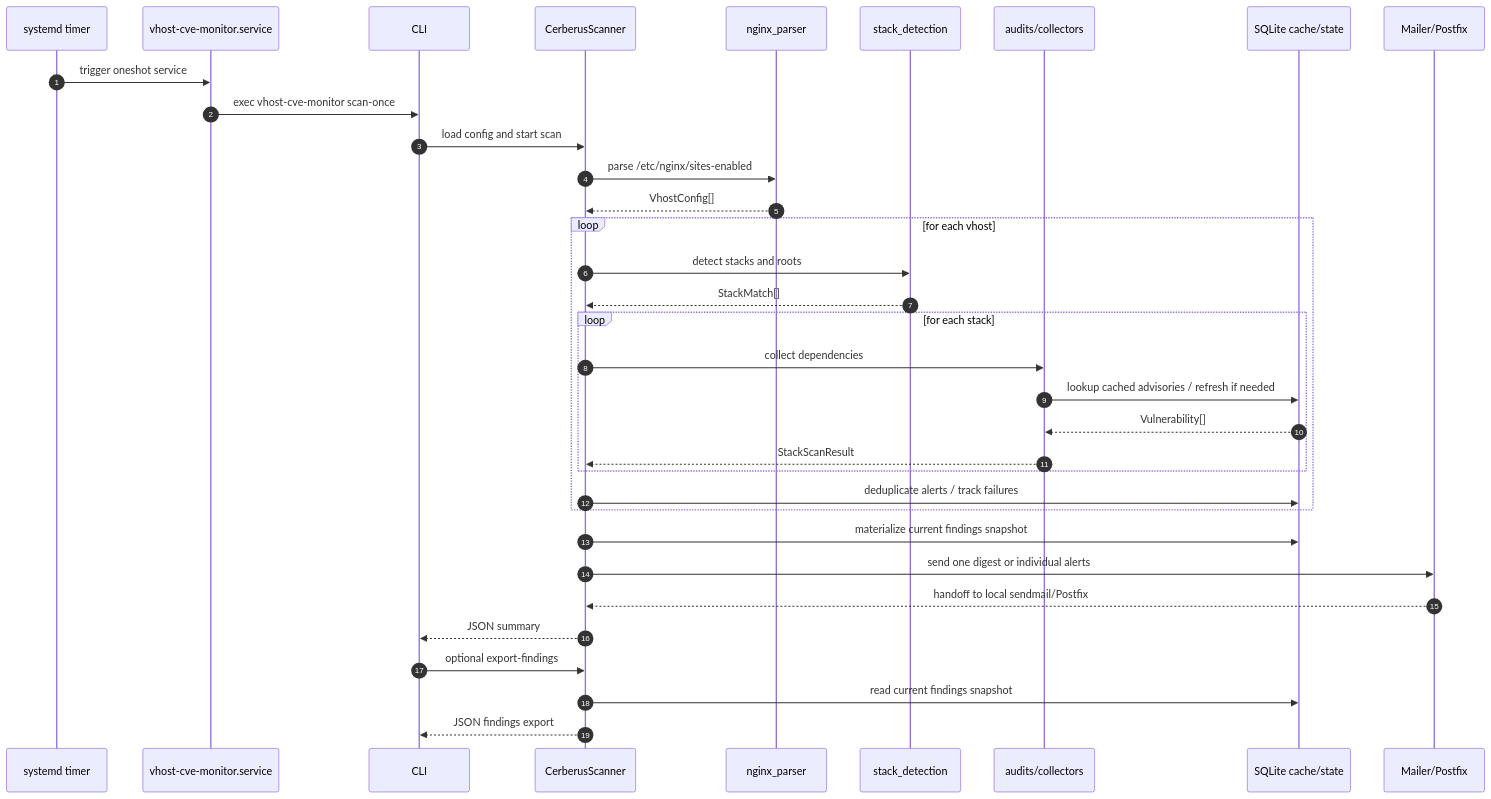
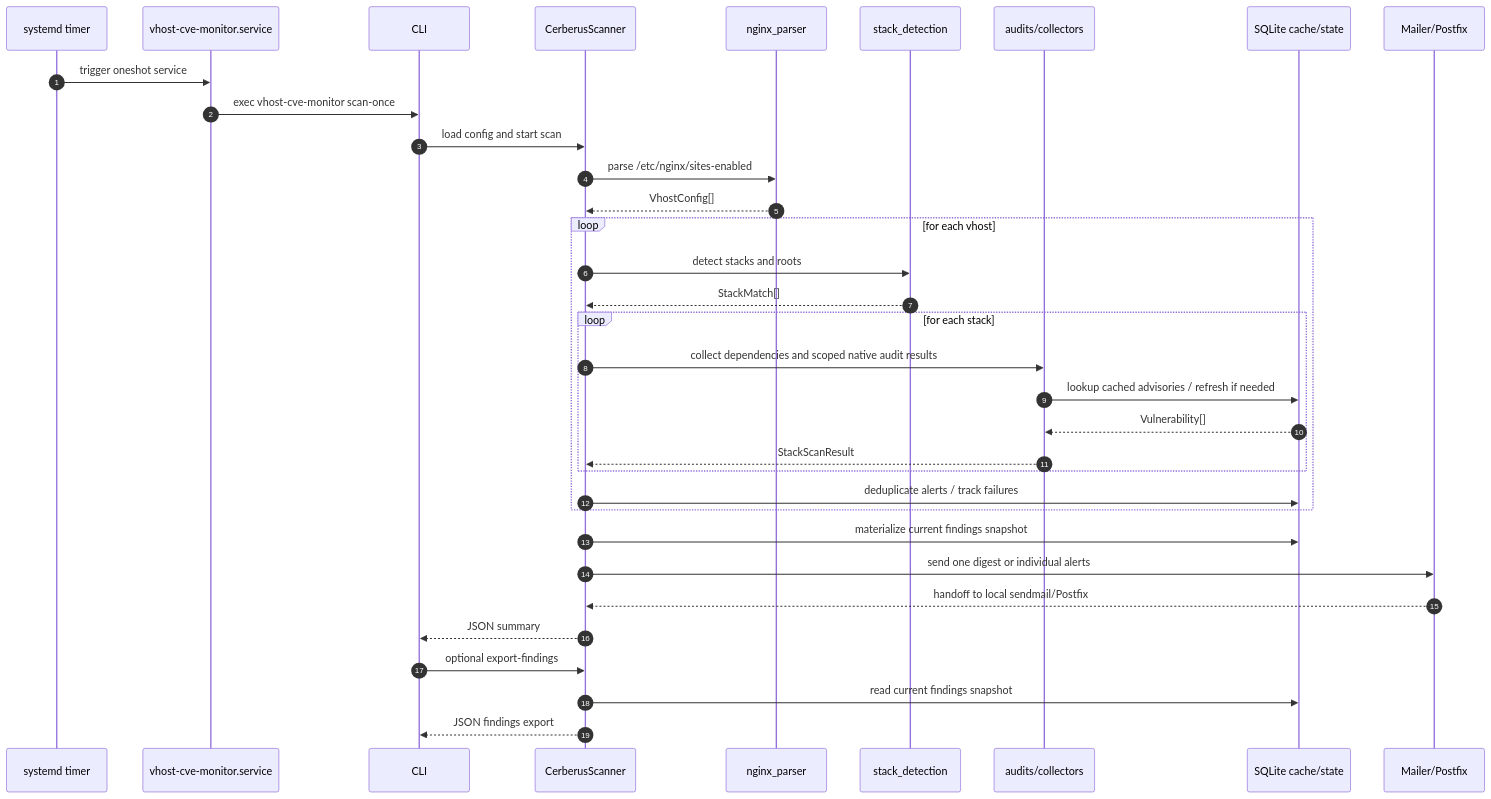
The first of 3 diagrams in docs/DIAGRAMS.md (Zappan-net/cerberus), drawn with Mermaid before and after one commit. The commit also changed other lines of this file and 17 other files, not shown here.

````diff
--- a/docs/DIAGRAMS.md
+++ b/docs/DIAGRAMS.md
@@ -5,37 +5,37 @@
 ```mermaid
 sequenceDiagram
     autonumber
     participant T as systemd timer
     participant S as vhost-cve-monitor.service
     participant C as CLI
     participant SC as CerberusScanner
     participant N as nginx_parser
     participant D as stack_detection
     participant A as audits/collectors
     participant DB as SQLite cache/state
     participant M as Mailer/Postfix
 
     T->>S: trigger oneshot service
     S->>C: exec vhost-cve-monitor scan-once
     C->>SC: load config and start scan
     SC->>N: parse /etc/nginx/sites-enabled
     N-->>SC: VhostConfig[]
     loop for each vhost
         SC->>D: detect stacks and roots
         D-->>SC: StackMatch[]
         loop for each stack
-            SC->>A: collect dependencies
+            SC->>A: collect dependencies and scoped native audit results
             A->>DB: lookup cached advisories / refresh if needed
             DB-->>A: Vulnerability[]
             A-->>SC: StackScanResult
         end
         SC->>DB: deduplicate alerts / track failures
     end
     SC->>DB: materialize current findings snapshot
     SC->>M: send one digest or individual alerts
     M-->>SC: handoff to local sendmail/Postfix
     SC-->>C: JSON summary
     C->>SC: optional export-findings
     SC->>DB: read current findings snapshot
     SC-->>C: JSON findings export
 ```
````
